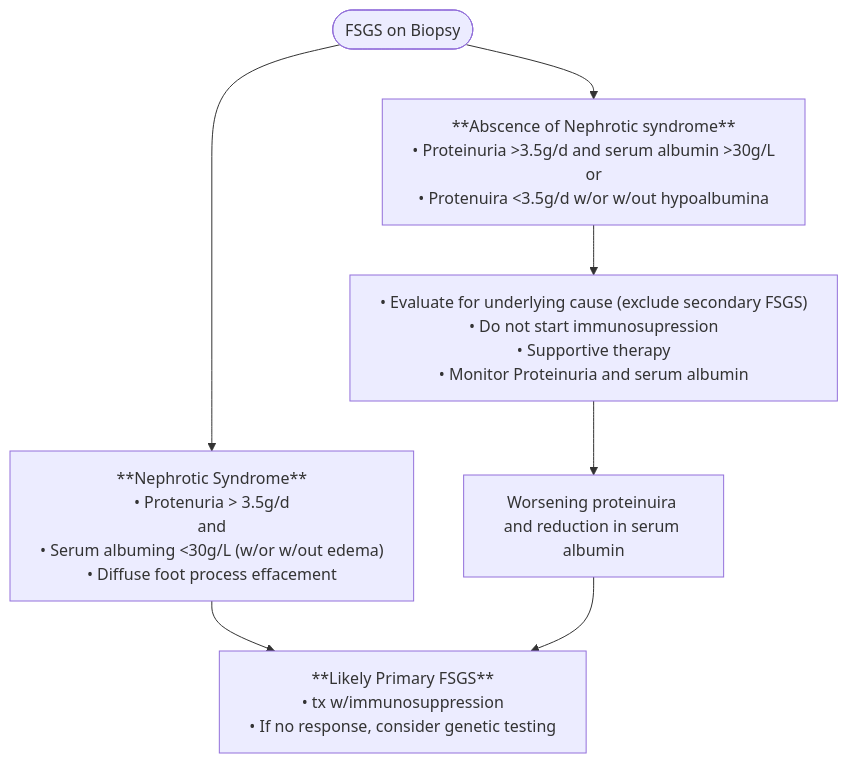
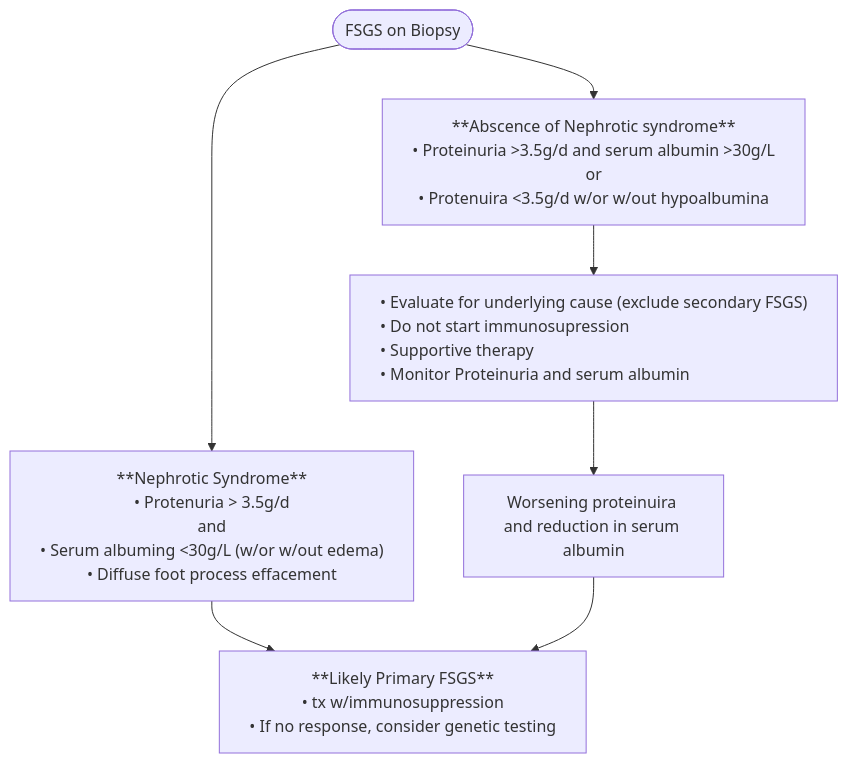
The first of 3 diagrams in docs/FSGS.md (TTUNEPH2025/GN), drawn with Mermaid before and after one commit.

````diff
--- a/docs/FSGS.md
+++ b/docs/FSGS.md
@@ -34,24 +34,24 @@
 ```mermaid
 flowchart TD
     A(["FSGS on Biopsy"]) --> C["**Nephrotic Syndrome**
     • Protenuria &gt; 3.5g/d
       and
     • Serum albuming &lt;30g/L (w/or w/out edema)
     • Diffuse foot process effacement"] & n2["**Abscence of Nephrotic syndrome**
     • Proteinuria &gt;3.5g/d and serum albumin &gt;30g/L 
              or
     • Protenuira &lt;3.5g/d w/or w/out hypoalbumina"]
     C --> n3["**Likely Primary FSGS**
     • tx w/immunosuppression
     • If no response, consider genetic testing"]
     n2 --> n4["• Evaluate for underlying cause (exclude secondary FSGS)
     • Do not start immunosupression
     • Supportive therapy
     • Monitor Proteinuria and serum albumin"]
     n4 --> n5["Worsening proteinuira and reduction in serum albumin"]
     n5 --> n3
-    style n4 white-space:nowrap
+    style n4 white-space:nowrap,text-align:left
     style C white-space:nowrap
     style n2 white-space:nowrap
     style n3 white-space:nowrap
 ```
````
